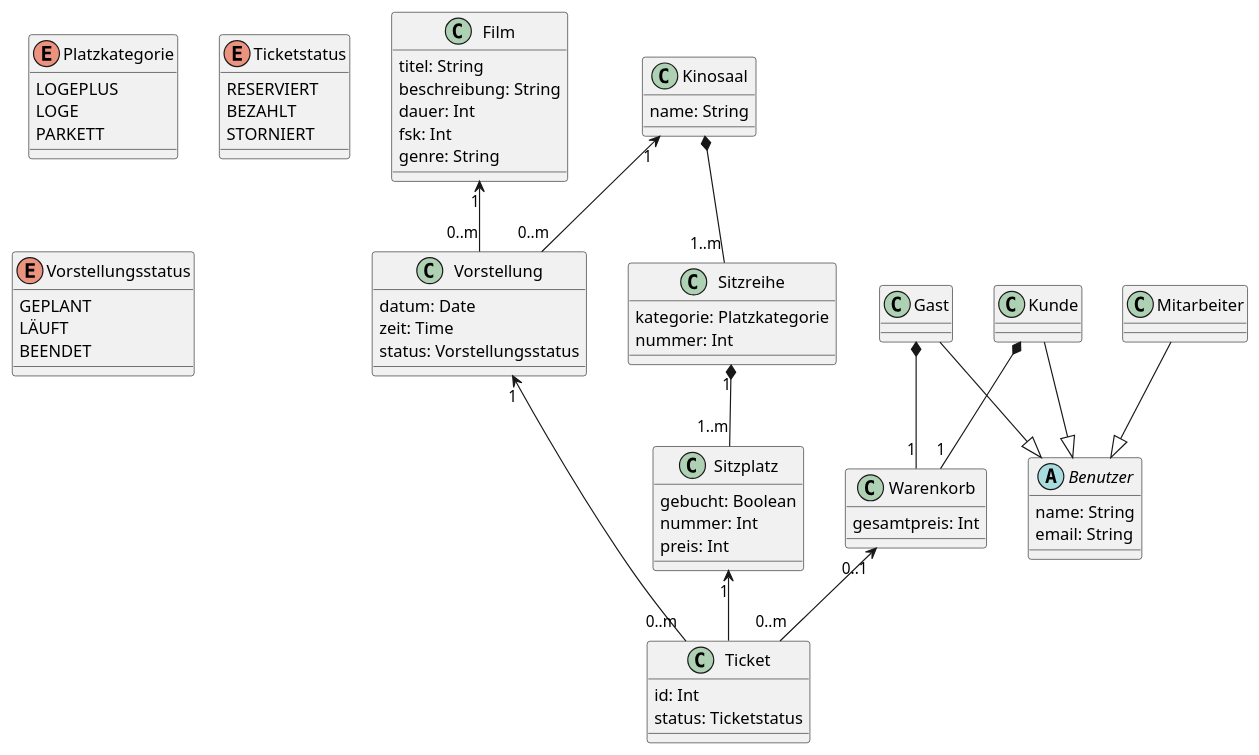
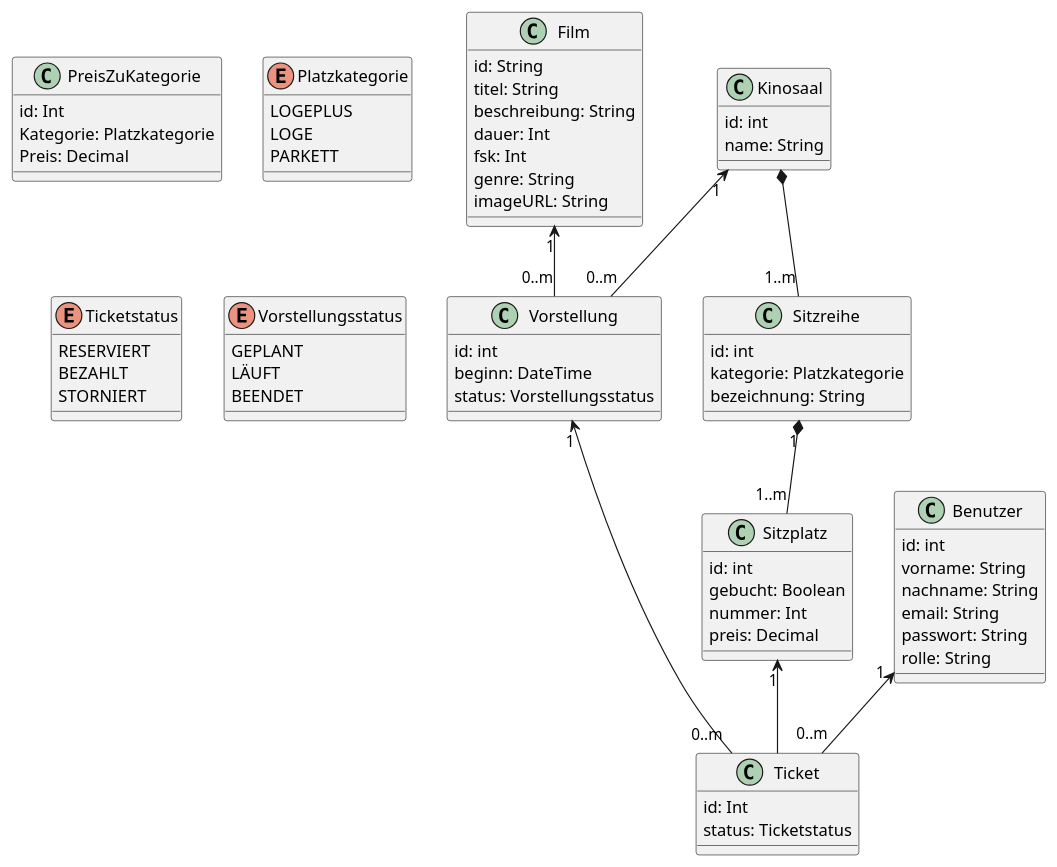
One commit to Rafael131203/InfoInfraKinoverwaltung changed the diagram in plantuml/KinoModell.puml. Above: the diagram before and after it, drawn with PlantUML. The commit also changed 266 other files, not shown here.

Commit message:
UML geupdatet

```diff
--- a/plantuml/KinoModell.puml
+++ b/plantuml/KinoModell.puml
@@ -1,88 +1,92 @@
 @startuml
 'https://plantuml.com/class-diagram
 
 Film "1" <-- "0..m" Vorstellung
 Kinosaal "1" <-- "0..m" Vorstellung
 Vorstellung "1" <-- "0..m" Ticket
 Sitzreihe "1" *-- "1..m" Sitzplatz
 Kinosaal *-- "1..m" Sitzreihe
-Warenkorb "0..1" <-- "0..m" Ticket
 Sitzplatz "1" <-- Ticket
+Benutzer "1" <-- "0..m" Ticket
 
 
-Gast *-- "1" Warenkorb
-Kunde *-- "1" Warenkorb
-
-Gast --|> Benutzer
-Kunde --|> Benutzer
-Mitarbeiter --|> Benutzer
 
 class Film {
+id: String
 titel: String
 beschreibung: String
 dauer: Int
 fsk: Int
 genre: String
-'play()
+imageURL: String
 }
 
 class Kinosaal {
+id: int
 name: String
 }
 
 class Vorstellung {
-datum: Date
-zeit: Time
+id: int
+beginn: DateTime
 status: Vorstellungsstatus
 }
 
 class Sitzreihe{
+id: int
 kategorie: Platzkategorie
-nummer: Int
+bezeichnung: String
 }
 
 class Sitzplatz{
+id: int
 gebucht: Boolean
 nummer: Int
-preis: Int
+preis: Decimal
 }
 
 class Ticket{
 id: Int
 status: Ticketstatus
 }
+
+class PreisZuKategorie{
+id: Int
+Kategorie: Platzkategorie
+Preis: Decimal
+}
+
 
 
 enum Platzkategorie{
 LOGEPLUS
 LOGE
 PARKETT
 }
 
-abstract class Benutzer {
-  name: String
+class Benutzer {
+  id: int
+  vorname: String
+  nachname: String
   email: String
+  passwort: String
+  rolle: String
 }
 
-class Gast
-class Kunde
-class Mitarbeiter
-class Warenkorb {
-  gesamtpreis: Int
-}
+
 
 
 enum Ticketstatus {
 RESERVIERT
 BEZAHLT
 STORNIERT
 }
 
 enum Vorstellungsstatus {
 GEPLANT
 LÄUFT
 BEENDET
 }
 
 
 @enduml
```
